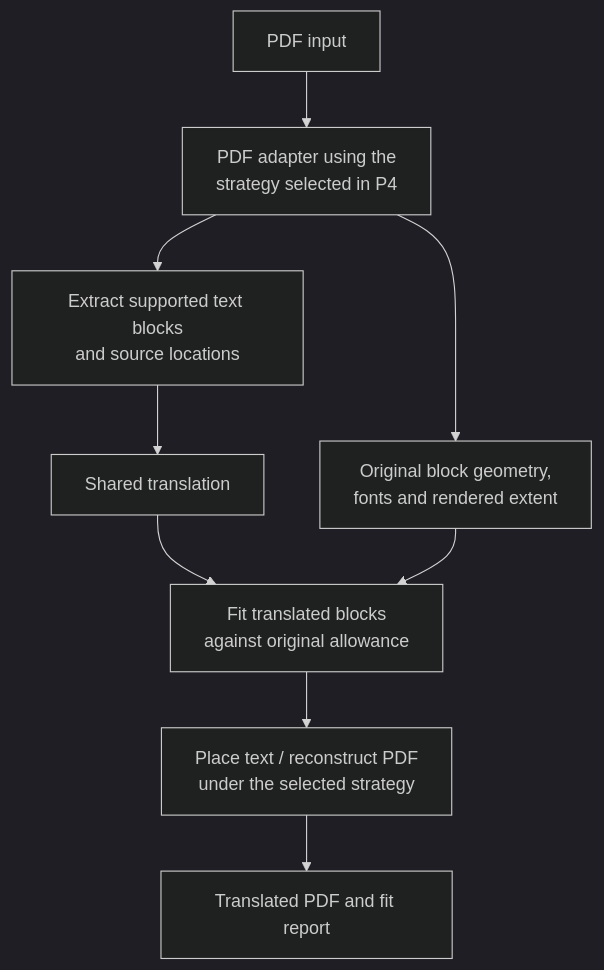
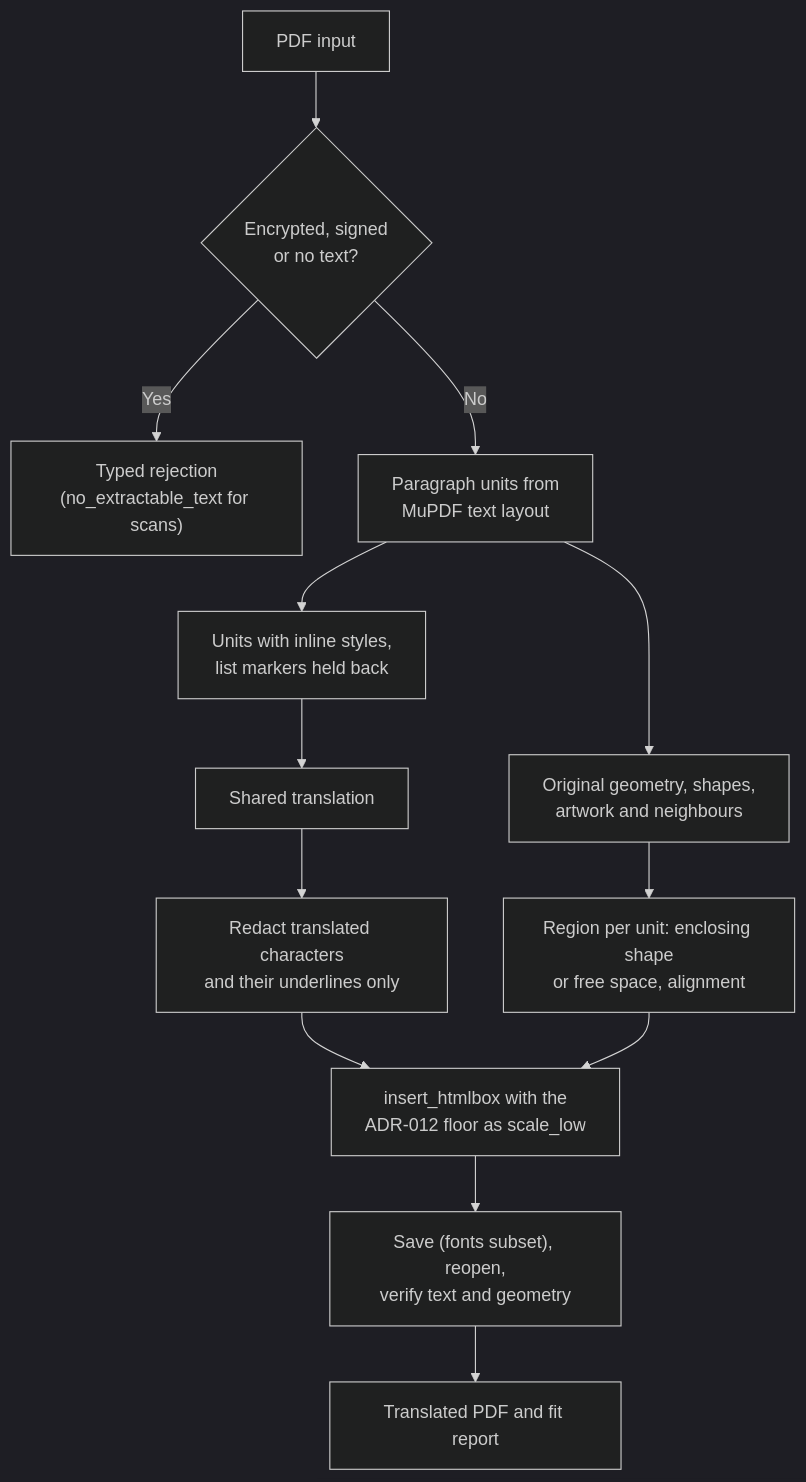
One commit to mlei06/document-translator changed diagram 17 of 18 in docs/Architecture.md. Above: the diagram before and after it, drawn with Mermaid (dark theme). The commit also changed other lines of this file and 25 other files, not shown here.

First line of the commit message:
P4: PDF translation with PyMuPDF targeted replacement (ADR-014)

````diff
--- a/docs/Architecture.md
+++ b/docs/Architecture.md
@@ -540,11 +540,15 @@
 ```mermaid
 flowchart TD
-    IN["PDF input"] --> READ["PDF adapter using the<br/>strategy selected in P4"]
-    READ --> TEXT["Extract supported text blocks<br/>and source locations"]
-    READ --> BASE["Original block geometry,<br/>fonts and rendered extent"]
+    IN["PDF input"] --> CHECK{"Encrypted, signed<br/>or no text?"}
+    CHECK -->|Yes| REJECT["Typed rejection<br/>(no_extractable_text for scans)"]
+    CHECK -->|No| READ["Paragraph units from<br/>MuPDF text layout"]
+    READ --> TEXT["Units with inline styles,<br/>list markers held back"]
+    READ --> BASE["Original geometry, shapes,<br/>artwork and neighbours"]
     TEXT --> CORE["Shared translation"]
-    CORE --> FIT["Fit translated blocks<br/>against original allowance"]
-    BASE --> FIT
-    FIT --> WRITE["Place text / reconstruct PDF<br/>under the selected strategy"]
-    WRITE --> OUT["Translated PDF and fit report"]
+    CORE --> REMOVE["Redact translated characters<br/>and their underlines only"]
+    BASE --> REGION["Region per unit: enclosing shape<br/>or free space, alignment"]
+    REMOVE --> PLACE["insert_htmlbox with the<br/>ADR-012 floor as scale_low"]
+    REGION --> PLACE
+    PLACE --> VERIFY["Save (fonts subset), reopen,<br/>verify text and geometry"]
+    VERIFY --> OUT["Translated PDF and fit report"]
 ```
````
